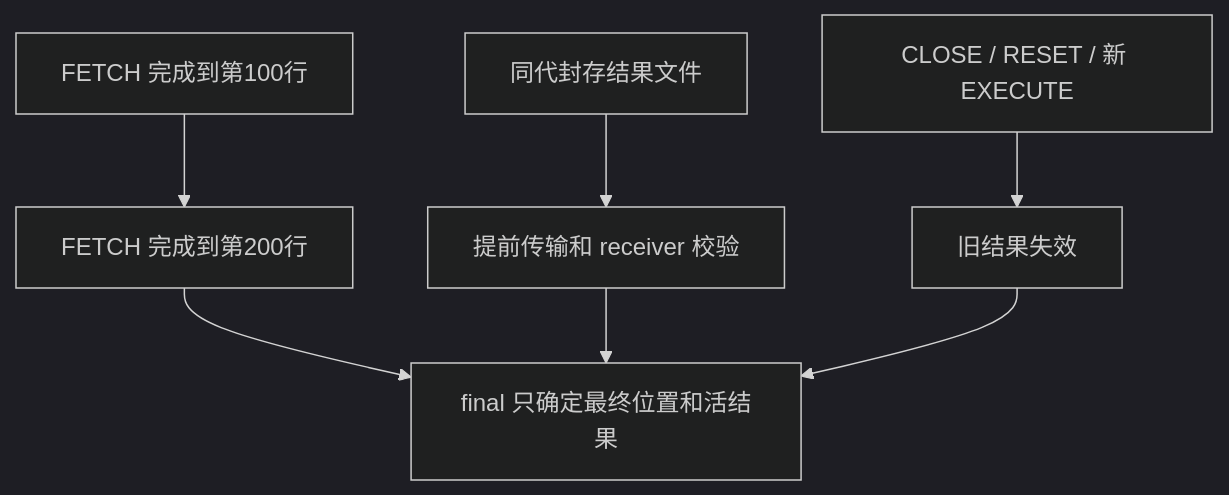
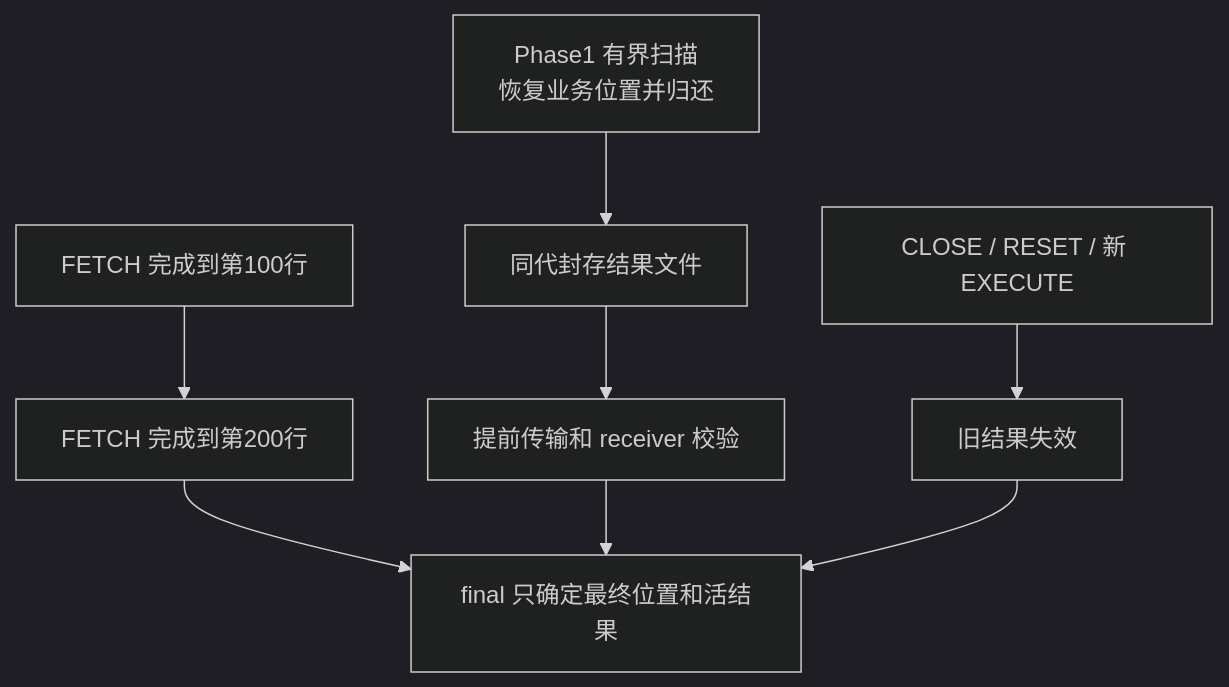
Before and after one commit to hongsediguo2025/mysql-server-learn: the second of 2 diagrams in design/workshops/temp-table-preserve/incremental-capture-and-transfer.md, drawn with Mermaid (dark theme). The commit also changed other lines of this file and 684 other files, not shown here.

````diff
--- a/design/workshops/temp-table-preserve/incremental-capture-and-transfer.md
+++ b/design/workshops/temp-table-preserve/incremental-capture-and-transfer.md
@@ -41,9 +47,11 @@
 ```mermaid
 flowchart TB
-    R[同代封存结果文件] --> P[提前传输和 receiver 校验]
+    C[Phase1 有界扫描
+恢复业务位置并归还] --> R[同代封存结果文件]
+    R --> P[提前传输和 receiver 校验]
     A[FETCH 完成到第100行] --> B[FETCH 完成到第200行]
     B --> M[final 只确定最终位置和活结果]
     P --> M
     X[CLOSE / RESET / 新 EXECUTE] --> D[旧结果失效]
     D --> M
 ```
````
